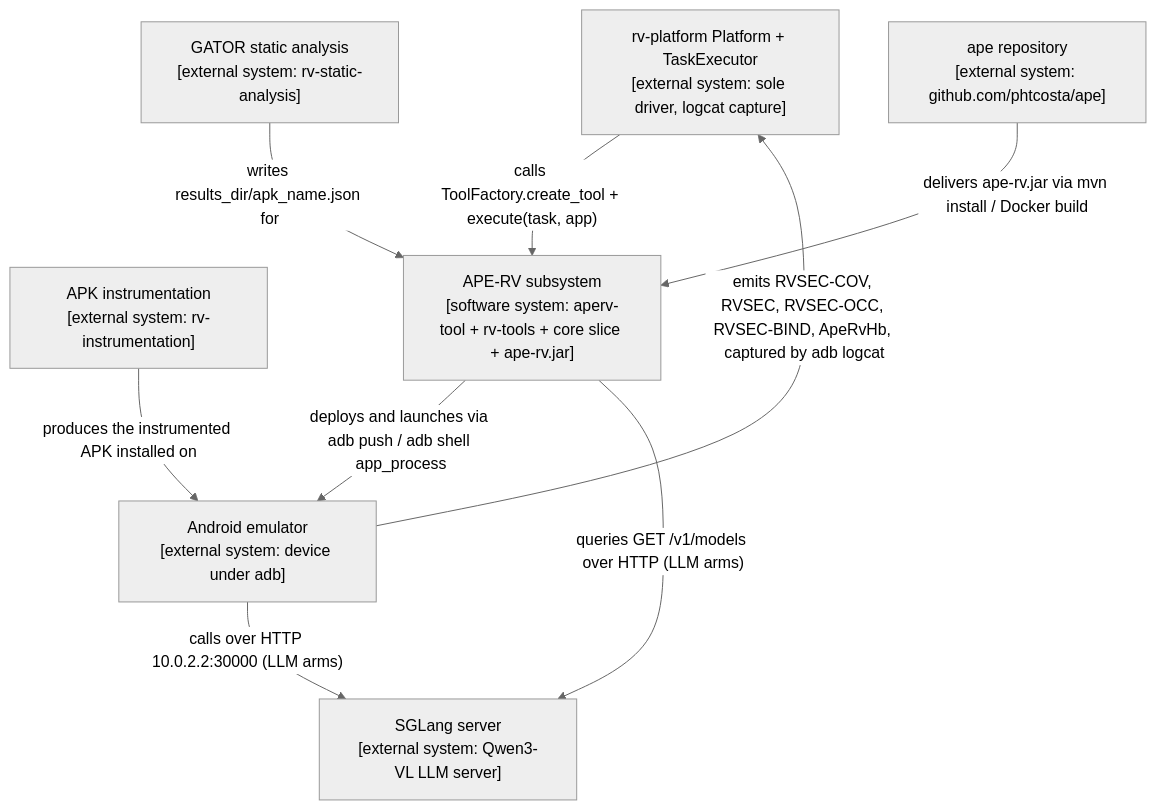
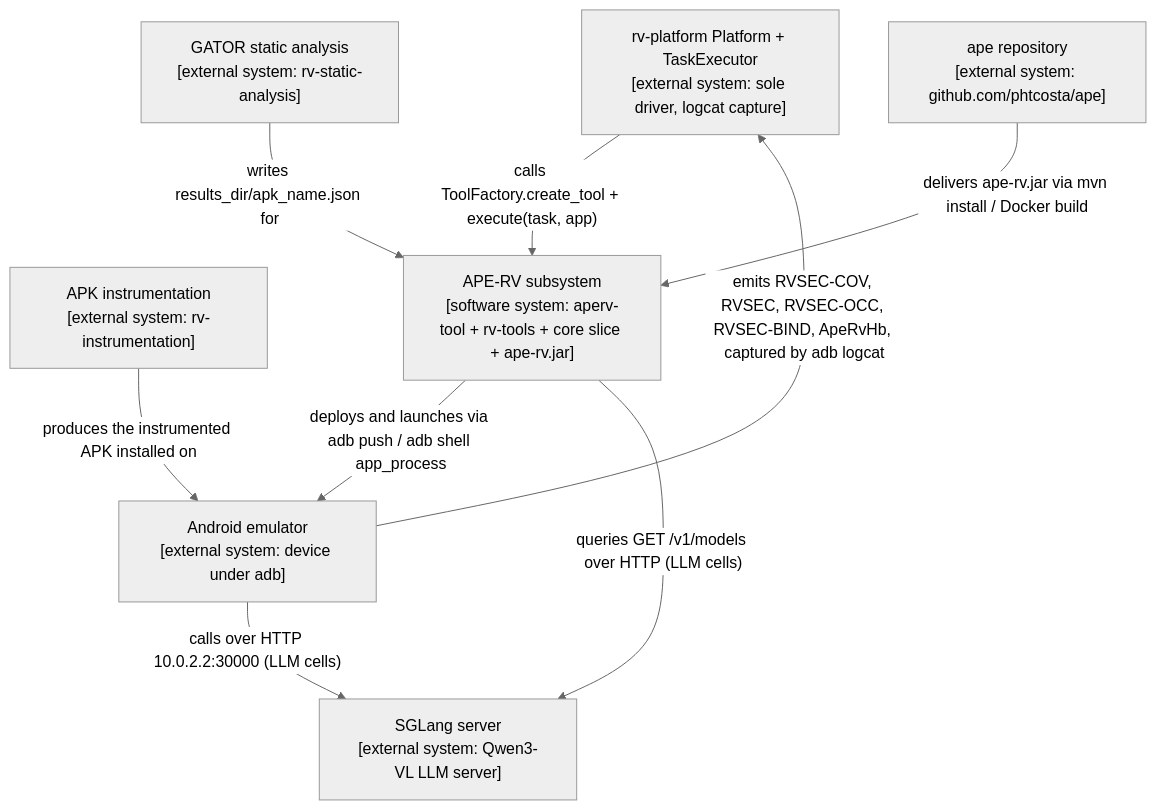
One commit to PAMunb/rvsec changed the first of 6 diagrams in rv-android/docs/architecture/ape-rv.md. Above: the diagram before and after it, drawn with Mermaid. The commit also changed other lines of this file and 9 other files, not shown here.

````diff
--- a/rv-android/docs/architecture/ape-rv.md
+++ b/rv-android/docs/architecture/ape-rv.md
@@ -176,21 +188,21 @@
 ```mermaid
 %%{init: {'theme': 'neutral'}}%%
 flowchart TB
     %% Source: modules/rv-platform/src/rv_platform/__init__.py, modules/rv-platform/src/rv_platform/components/logcat.py, modules/aperv-tool/src/aperv_tool/tools/aperv/tool.py, ../../ape/pom.xml, docker/rvandroid/Dockerfile
     platform["rv-platform Platform + TaskExecutor<br/>[external system: sole driver, logcat capture]"]
     static["GATOR static analysis<br/>[external system: rv-static-analysis]"]
     instr["APK instrumentation<br/>[external system: rv-instrumentation]"]
     aperv["APE-RV subsystem<br/>[software system: aperv-tool + rv-tools + core slice + ape-rv.jar]"]
     emulator["Android emulator<br/>[external system: device under adb]"]
     sglang["SGLang server<br/>[external system: Qwen3-VL LLM server]"]
     aperepo["ape repository<br/>[external system: github.com/phtcosta/ape]"]
 
     platform -->|"calls ToolFactory.create_tool + execute(task, app)"| aperv
     static -->|"writes results_dir/apk_name.json for"| aperv
     instr -->|"produces the instrumented APK installed on"| emulator
     aperv -->|"deploys and launches via adb push / adb shell app_process"| emulator
-    emulator -->|"calls over HTTP 10.0.2.2:30000 (LLM arms)"| sglang
-    aperv -->|"queries GET /v1/models over HTTP (LLM arms)"| sglang
+    emulator -->|"calls over HTTP 10.0.2.2:30000 (LLM cells)"| sglang
+    aperv -->|"queries GET /v1/models over HTTP (LLM cells)"| sglang
     emulator -->|"emits RVSEC-COV, RVSEC, RVSEC-OCC, RVSEC-BIND, ApeRvHb, captured by adb logcat"| platform
     aperepo -->|"delivers ape-rv.jar via mvn install / Docker build"| aperv
 ```
````
